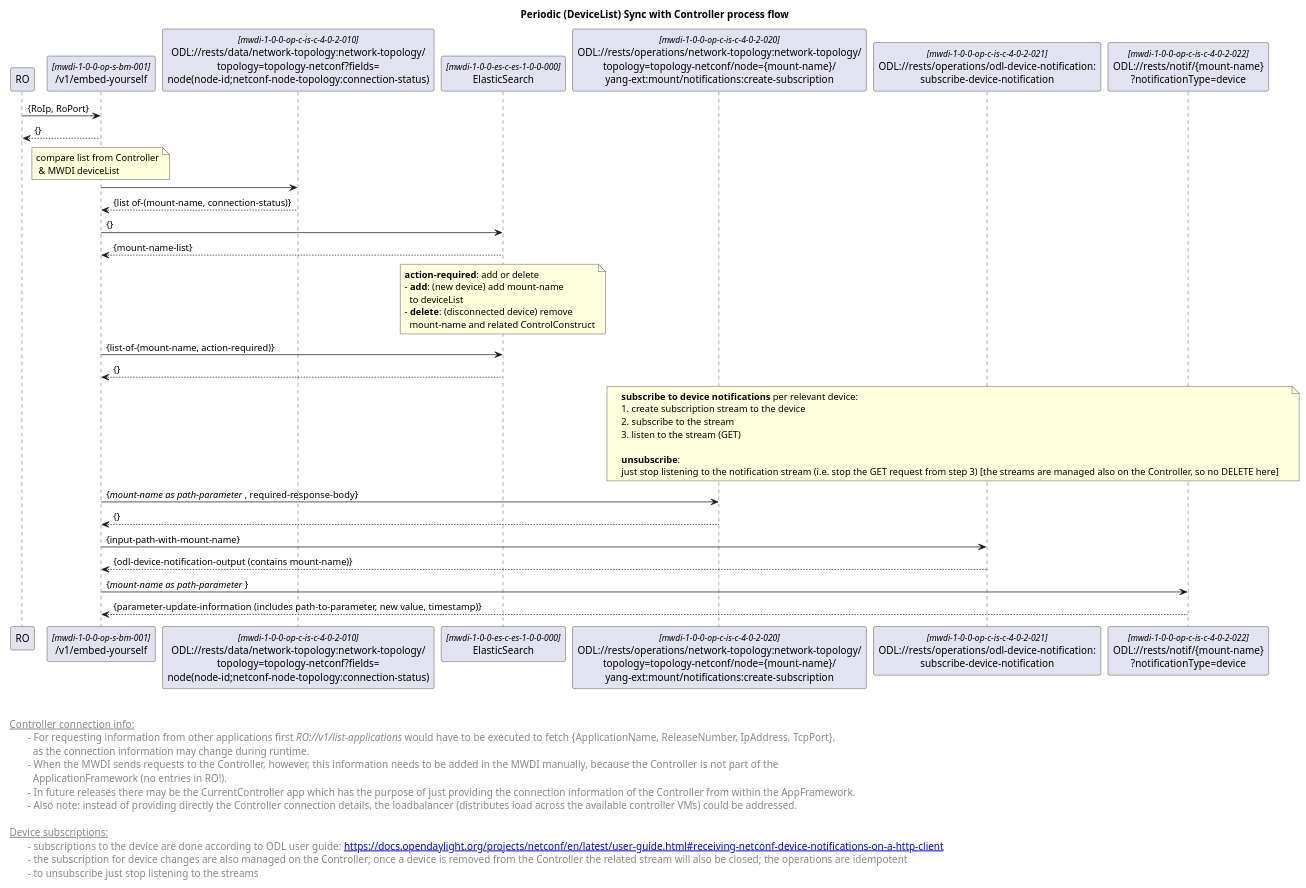
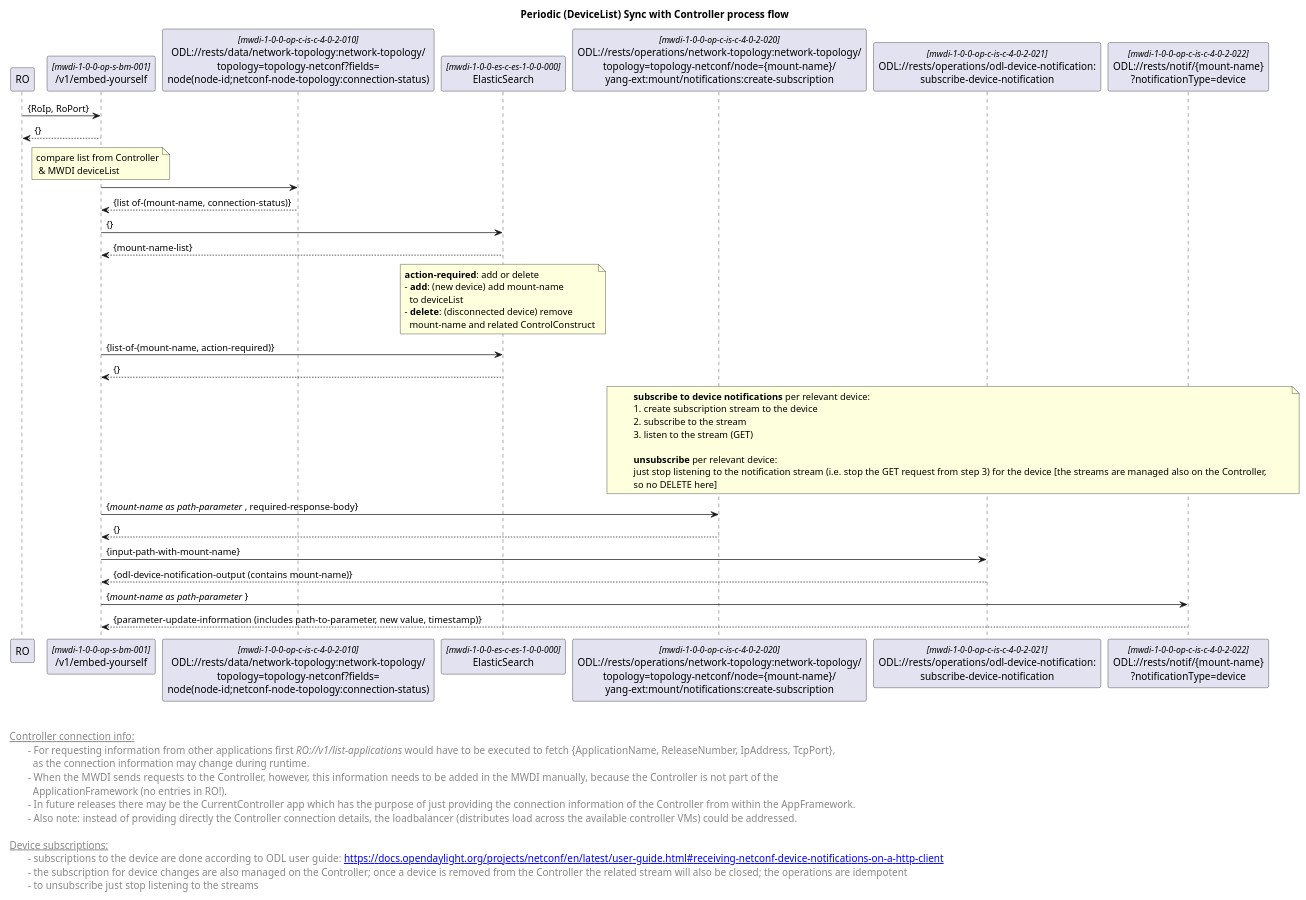
The diagram in spec/diagrams/forwardings/done/01x_forwardingCyclicOperation.plantuml (openBackhaul/MicroWaveDeviceInventory), drawn with PlantUML before and after one commit. The commit also changed 2 other files, not shown here.

Commit message:
react to controller notification

```diff
--- a/spec/diagrams/forwardings/done/01x_forwardingCyclicOperation.plantuml
+++ b/spec/diagrams/forwardings/done/01x_forwardingCyclicOperation.plantuml
@@ -1,90 +1,91 @@
 @startuml
 skinparam responseMessageBelowArrow true
 skinparam guillemet [ ]
 skinparam participant {
   StereotypeFontSize 12  
 }
 
 title  Periodic (DeviceList) Sync with Controller process flow
 
 
 'participants
 participant "RO" as ro
 participant "/v1/embed-yourself" as mwdi <<mwdi-1-0-0-op-s-bm-001>>
 participant "ODL://rests/data/network-topology:network-topology/\ntopology=topology-netconf?fields=\nnode(node-id;netconf-node-topology:connection-status)" as odlConnectionStatus <<mwdi-1-0-0-op-c-is-c-4-0-2-010>>
 participant "ElasticSearch" as es <<mwdi-1-0-0-es-c-es-1-0-0-000>>
 participant "ODL://rests/operations/network-topology:network-topology/\ntopology=topology-netconf/node={mount-name}/\nyang-ext:mount/notifications:create-subscription" as odlsubscribe1 <<mwdi-1-0-0-op-c-is-c-4-0-2-020>>
 participant "ODL://rests/operations/odl-device-notification:\nsubscribe-device-notification" as odlsubscribe2 <<mwdi-1-0-0-op-c-is-c-4-0-2-021>>
 participant "ODL://rests/notif/{mount-name}\n?notificationType=device" as odlsubscribe3 <<mwdi-1-0-0-op-c-is-c-4-0-2-022>>
 
 ro -> mwdi: {RoIp, RoPort}
 mwdi --> ro: {}
 
 'get deviceList from Controller
 note over mwdi: compare list from Controller\n & MWDI deviceList
 mwdi -> odlConnectionStatus
 odlConnectionStatus --> mwdi: {list of-(mount-name, connection-status)}
 
 'get MWDI deviceList from ElasticSearch 
 mwdi -> es: {}
 es --> mwdi: {mount-name-list}
 
 'diff both lists and process devices accordingly
 note over es
  <b>action-required</b>: add or delete
  - <b>add</b>: (new device) add mount-name 
    to deviceList
  - <b>delete</b>: (disconnected device) remove 
    mount-name and related ControlConstruct
 end note 
 
 mwdi -> es: {list-of-(mount-name, action-required)}
 es --> mwdi: {}
 
 'subscription to Controller
 note over odlsubscribe1, odlsubscribe3
 <b>subscribe to device notifications</b> per relevant device:
 1. create subscription stream to the device
 2. subscribe to the stream
 3. listen to the stream (GET)
 
-<b>unsubscribe</b>:
-just stop listening to the notification stream (i.e. stop the GET request from step 3) [the streams are managed also on the Controller, so no DELETE here]
+<b>unsubscribe</b> per relevant device:
+just stop listening to the notification stream (i.e. stop the GET request from step 3) for the device [the streams are managed also on the Controller,
+so no DELETE here]
 end note
 
 mwdi -> odlsubscribe1: {<i>mount-name as path-parameter </i>, required-response-body}
 odlsubscribe1 --> mwdi: {}
 
 mwdi -> odlsubscribe2: {input-path-with-mount-name}
 odlsubscribe2 --> mwdi: {odl-device-notification-output (contains mount-name)}
 
 mwdi -> odlsubscribe3: {<i>mount-name as path-parameter </i>}
 odlsubscribe3 --> mwdi: {parameter-update-information (includes path-to-parameter, new value, timestamp)}
 
 
 
 left footer 
 
 
 <u> Controller connection info:</u>
 \t- For requesting information from other applications first <i>RO://v1/list-applications</i> would have to be executed to fetch {ApplicationName, ReleaseNumber, IpAddress, TcpPort}, 
 \t  as the connection information may change during runtime.
 \t-  When the MWDI sends requests to the Controller, however, this information needs to be added in the MWDI manually, because the Controller is not part of the 
 \t  ApplicationFramework (no entries in RO!). 
 \t-  In future releases there may be the CurrentController app which has the purpose of just providing the connection information of the Controller from within the AppFramework.
 \t-  Also note: instead of providing directly the Controller connection details, the loadbalancer (distributes load across the available controller VMs) could be addressed.
 
 <u> Device subscriptions:</u>
 \t- subscriptions to the device are done according to ODL user guide: [[https://docs.opendaylight.org/projects/netconf/en/latest/user-guide.html#receiving-netconf-device-notifications-on-a-http-client]]
 \t- the subscription for device changes are also managed on the Controller; once a device is removed from the Controller the related stream will also be closed; the operations are idempotent
 \t- to unsubscribe just stop listening to the streams
 end footer
 
 <style>
 footer {
   HorizontalAlignment left
   FontSize 14
 }
 </style>
 
 @enduml
```
